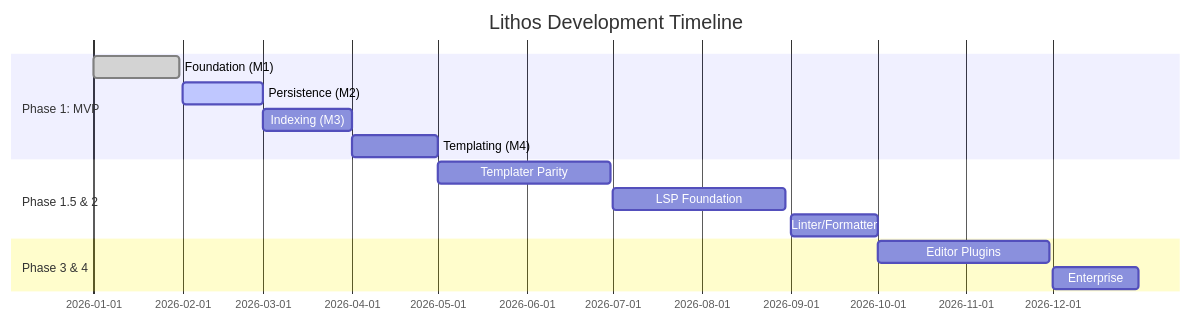
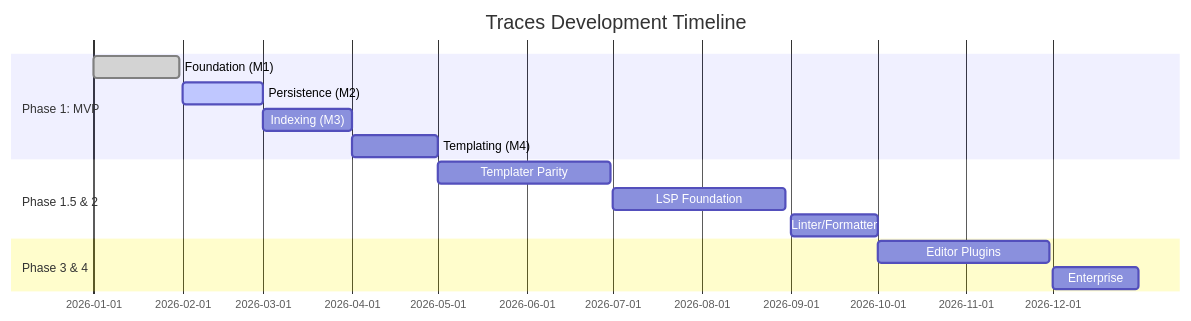
One commit to JackMatanky/lithos changed the diagram in README.md. Above: the diagram before and after it, drawn with Mermaid. The commit also changed other lines of this file and 350 other files, not shown here.

First line of the commit message:
feat: global rename Lithos to Traces

````diff
--- a/README.md
+++ b/README.md
@@ -230,17 +230,17 @@
 ```mermaid
 gantt
-    title Lithos Development Timeline
+    title Traces Development Timeline
     dateFormat  YYYY-MM-DD
     section Phase 1: MVP
     Foundation (M1)       :done,    m1, 2026-01-01, 30d
     Persistence (M2)      :active,  m2, 2026-02-01, 28d
     Indexing (M3)         :         m3, 2026-03-01, 31d
     Templating (M4)       :         m4, 2026-04-01, 30d
     section Phase 1.5 & 2
     Templater Parity      :         m5, 2026-05-01, 60d
     LSP Foundation        :         m6, 2026-07-01, 60d
     Linter/Formatter      :         m7, 2026-09-01, 30d
     section Phase 3 & 4
     Editor Plugins        :         m8, 2026-10-01, 60d
     Enterprise            :         m9, 2026-12-01, 30d
 ```
````
